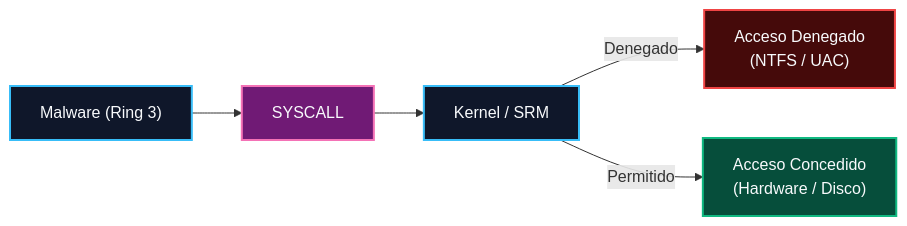
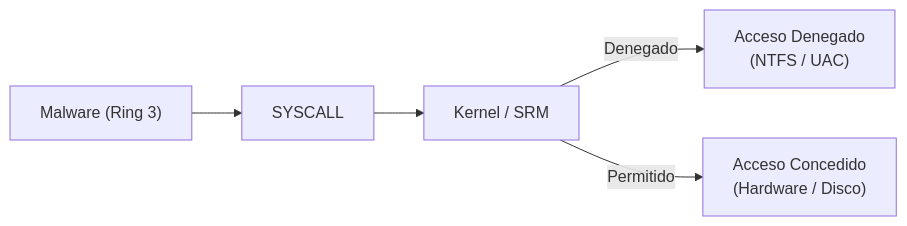
One commit to purpesec/Cybersecurity-For-Beginners changed the first of 7 diagrams in malware-analysis/01-arquitectura-windows-directorios-y-permisos/README.md. Above: the diagram before and after it, drawn with Mermaid. The commit also changed other lines of this file and 4 other files, not shown here.

Commit message:
style: remover classDef y colores personalizados para usar estilo nativo estandar de Mermaid

````diff
--- a/malware-analysis/01-arquitectura-windows-directorios-y-permisos/README.md
+++ b/malware-analysis/01-arquitectura-windows-directorios-y-permisos/README.md
@@ -17,11 +17,6 @@
 ```mermaid
 flowchart LR
-    classDef proc fill:#0f172a,stroke:#38bdf8,stroke-width:2px,color:#f8fafc;
-    classDef gate fill:#701a75,stroke:#f472b6,stroke-width:2px,color:#f8fafc;
-    classDef warn fill:#450a0a,stroke:#ef4444,stroke-width:2px,color:#f8fafc;
-    classDef ok fill:#064e3b,stroke:#10b981,stroke-width:2px,color:#f8fafc;
-
-    M["Malware (Ring 3)"]:::proc --> S["SYSCALL"]:::gate --> K["Kernel / SRM"]:::proc
-    K -->|Denegado| BLK["Acceso Denegado\n(NTFS / UAC)"]:::warn
-    K -->|Permitido| ACT["Acceso Concedido\n(Hardware / Disco)"]:::ok
+    M["Malware (Ring 3)"] --> S["SYSCALL"] --> K["Kernel / SRM"]
+    K -->|Denegado| BLK["Acceso Denegado\n(NTFS / UAC)"]
+    K -->|Permitido| ACT["Acceso Concedido\n(Hardware / Disco)"]
 ```
````
